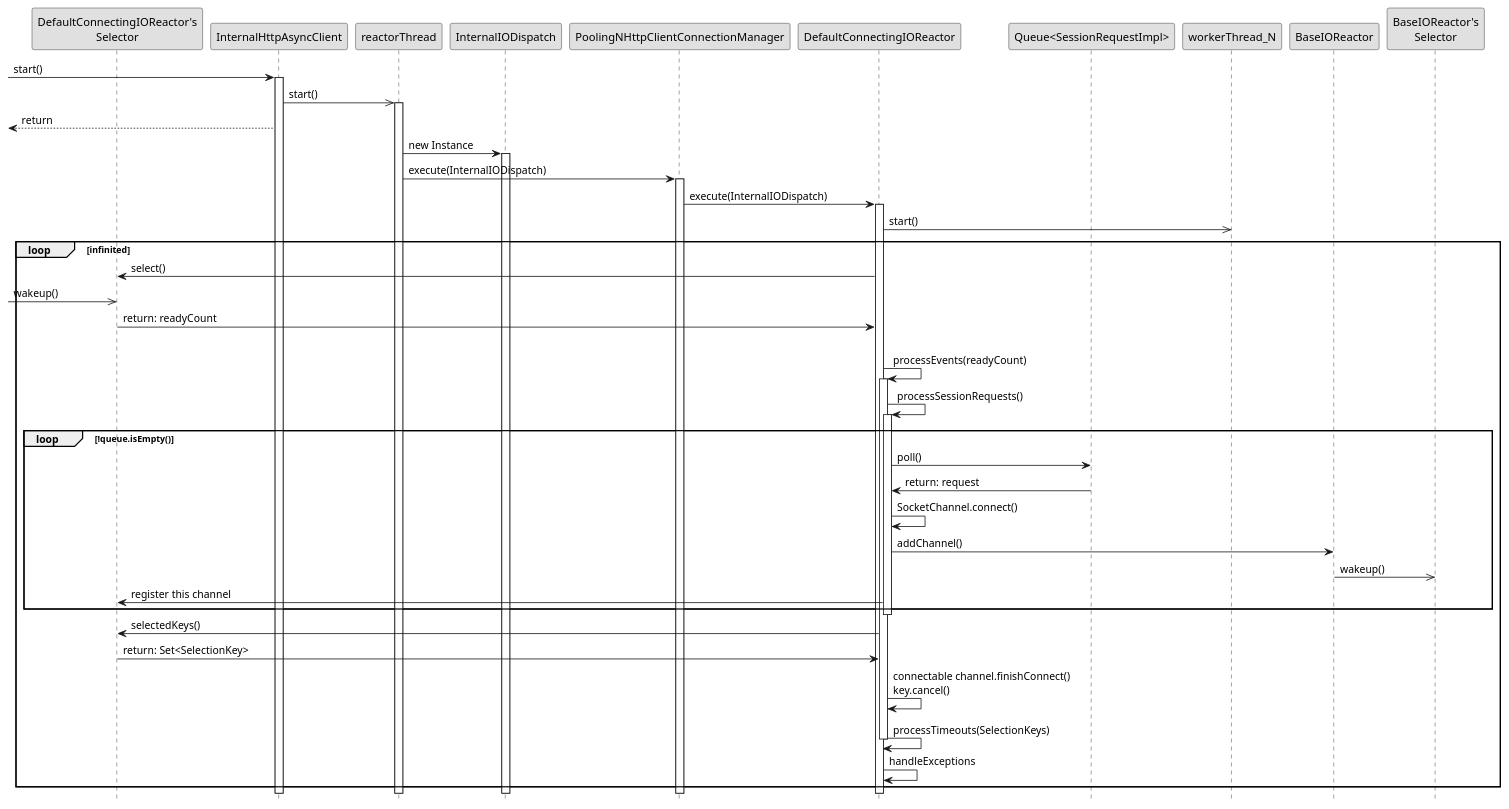
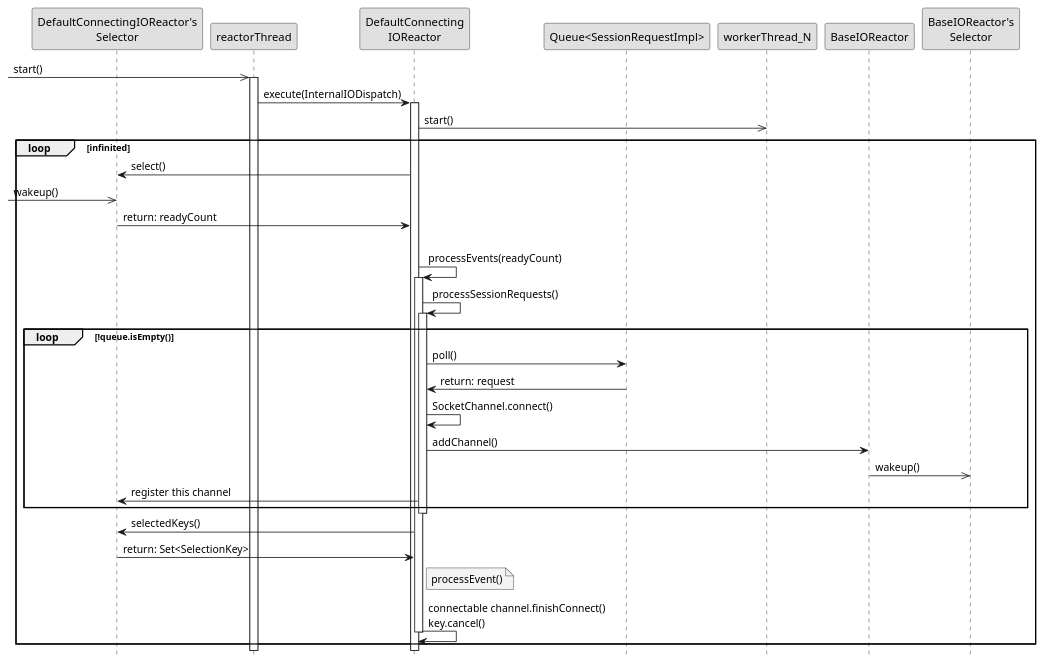
The third of 4 diagrams in AsyncHttpClient/uml/Class Diagram.wsd (ntjsz/blog-misc), drawn with PlantUML before and after one commit. The commit also changed other lines of this file and 5 other files, not shown here.

Commit message:
finish uml

```diff
--- a/AsyncHttpClient/uml/Class Diagram.wsd
+++ b/AsyncHttpClient/uml/Class Diagram.wsd
@@ -64,56 +90,59 @@
-@startuml
+@startuml SequenceDiagram Reactor Thread
 skinparam monochrome true
 skinparam ParticipantBackgroundColor #E0E0E0
 hide footbox
 
+'注释了很多次要步骤
+
 participant "DefaultConnectingIOReactor's\nSelector" as masterSelector
-participant InternalHttpAsyncClient as client
+'participant InternalHttpAsyncClient as client
 participant reactorThread
-participant InternalIODispatch as ioEventDispatch
-participant PoolingNHttpClientConnectionManager as connmgr
-participant DefaultConnectingIOReactor as connIOReactor
+'participant InternalIODispatch as ioEventDispatch
+'participant "PoolingNHttpClient\nConnectionManager" as connmgr
+participant "DefaultConnecting\nIOReactor" as connIOReactor
 participant "Queue<SessionRequestImpl>" as requestQueue
 participant workerThread_N
 participant BaseIOReactor as baseIOReactor
 participant "BaseIOReactor's\nSelector" as slaveSelector
 
--> client: start()
-activate client
-client ->> reactorThread: start()
+'-> client: start()
+'activate client
+->> reactorThread: start()
 activate reactorThread
-<-- client: return
-reactorThread -> ioEventDispatch: new Instance
-activate ioEventDispatch
-reactorThread -> connmgr: execute(InternalIODispatch)
-activate connmgr
-connmgr -> connIOReactor: execute(InternalIODispatch)
+'<-- client: return
+'reactorThread -> ioEventDispatch: new Instance
+'activate ioEventDispatch
+'reactorThread -> connmgr: execute(InternalIODispatch)
+'activate connmgr
+'connmgr -> connIOReactor: execute(InternalIODispatch)
+reactorThread -> connIOReactor: execute(InternalIODispatch)
 activate connIOReactor
 connIOReactor ->> workerThread_N: start()
 loop infinited
     connIOReactor -> masterSelector: select()
     ->> masterSelector: wakeup()
     connIOReactor <- masterSelector: return: readyCount
     |||
     connIOReactor -> connIOReactor: processEvents(readyCount)
         activate connIOReactor
         connIOReactor -> connIOReactor: processSessionRequests()
             activate connIOReactor
             loop !queue.isEmpty()
                 connIOReactor -> requestQueue: poll()
                 connIOReactor <- requestQueue: return: request
                 connIOReactor -> connIOReactor: SocketChannel.connect()
                 connIOReactor -> baseIOReactor: addChannel()
                 baseIOReactor ->> slaveSelector: wakeup()
                 connIOReactor -> masterSelector: register this channel
             end
             deactivate connIOReactor
         connIOReactor -> masterSelector: selectedKeys()
         connIOReactor <- masterSelector: return: Set<SelectionKey>
+        note right of connIOReactor #ffeeee: processEvent()
         connIOReactor -> connIOReactor: connectable channel.finishConnect()\nkey.cancel()
-        connIOReactor -> connIOReactor: processTimeouts(SelectionKeys)
+'        connIOReactor -> connIOReactor: processTimeouts(SelectionKeys)
         deactivate connIOReactor
-    connIOReactor -> connIOReactor: handleExceptions
+'    connIOReactor -> connIOReactor: handleExceptions
 end
 
-
 @enduml
```
